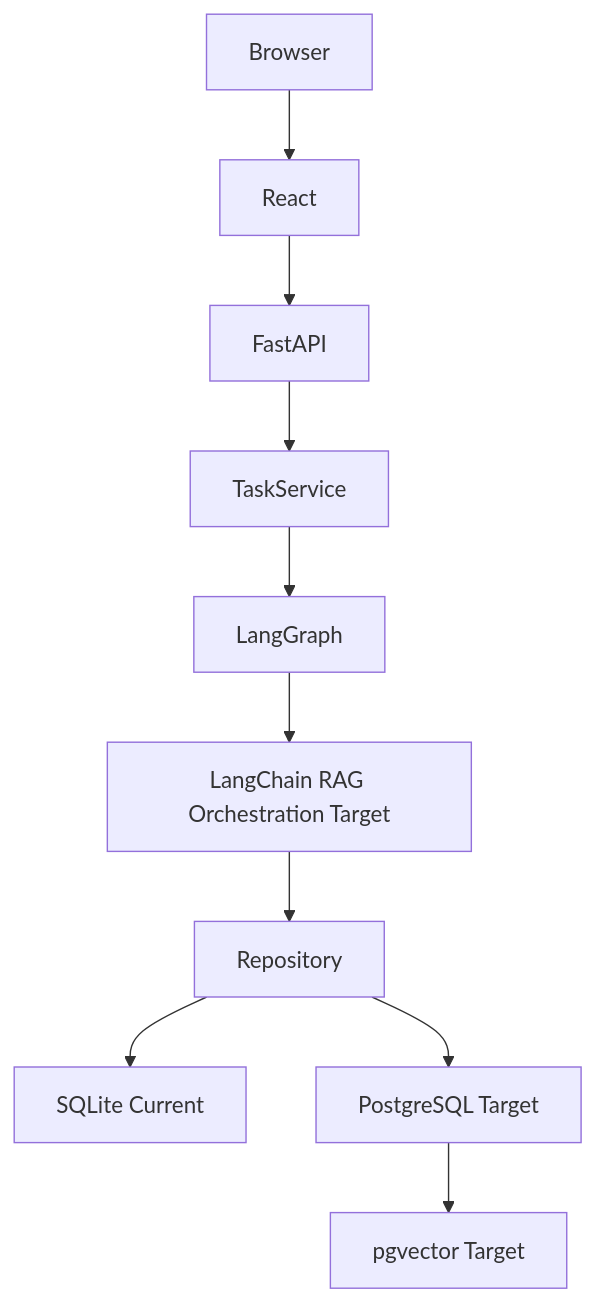
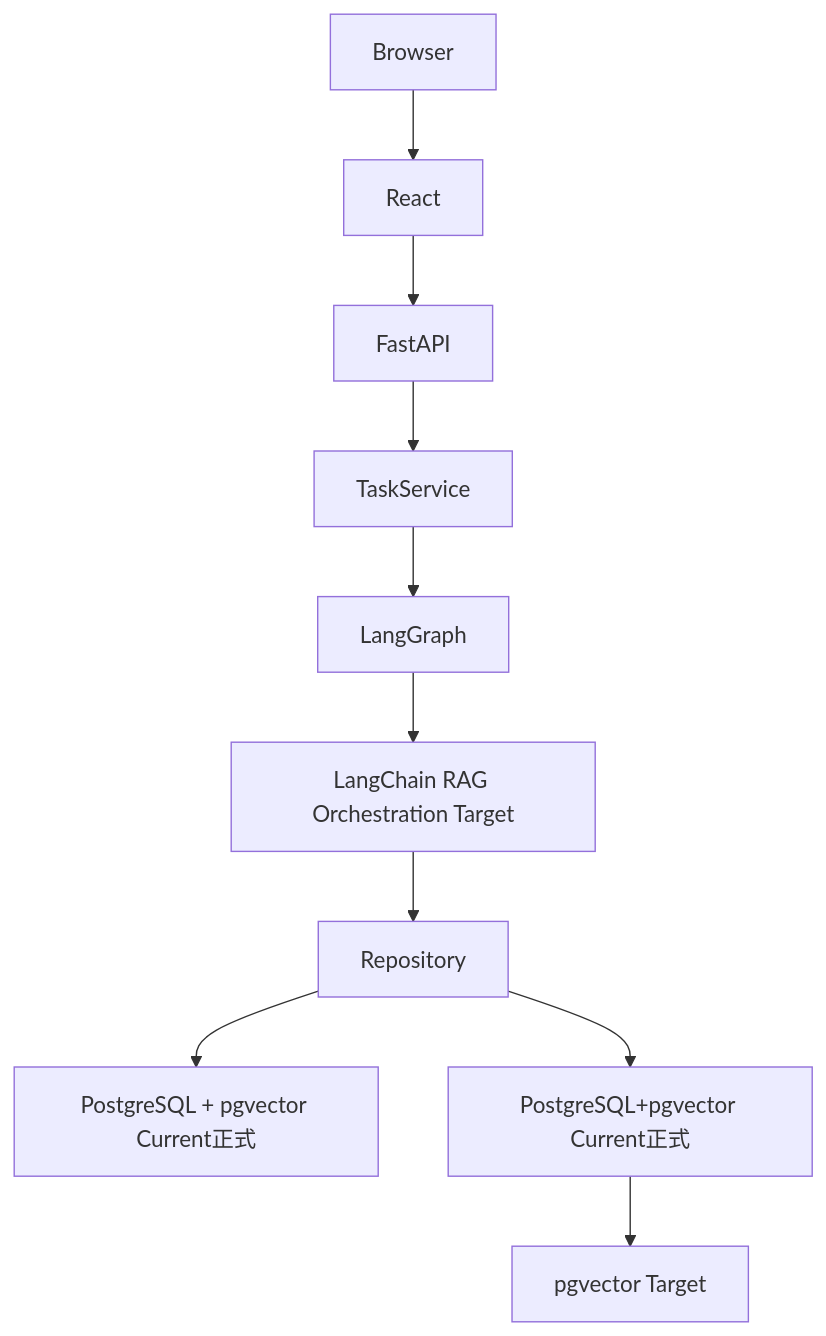
One commit to kurekako2017/vscode_study changed the second of 8 diagrams in ai-lab/ai-learn/retail-insight-ai/docs/ai-agent-retail-handbook-v3/09_系统设计书.md. Above: the diagram before and after it, drawn with Mermaid. The commit also changed other lines of this file and 24 other files, not shown here.

````diff
--- a/ai-lab/ai-learn/retail-insight-ai/docs/ai-agent-retail-handbook-v3/09_系统设计书.md
+++ b/ai-lab/ai-learn/retail-insight-ai/docs/ai-agent-retail-handbook-v3/09_系统设计书.md
@@ -311,17 +314,17 @@
 ```mermaid
 flowchart TD
     A[Browser]
     B[React]
     C[FastAPI]
     D[TaskService]
     E[LangGraph]
     F[LangChain RAG Orchestration Target]
     G[Repository]
-    H[SQLite Current]
-    I[PostgreSQL Target]
+    H[PostgreSQL + pgvector Current正式]
+    I[PostgreSQL+pgvector Current正式]
     J[pgvector Target]
 
     A --> B --> C --> D --> E --> F --> G
     G --> H
     G --> I --> J
 ```
````
